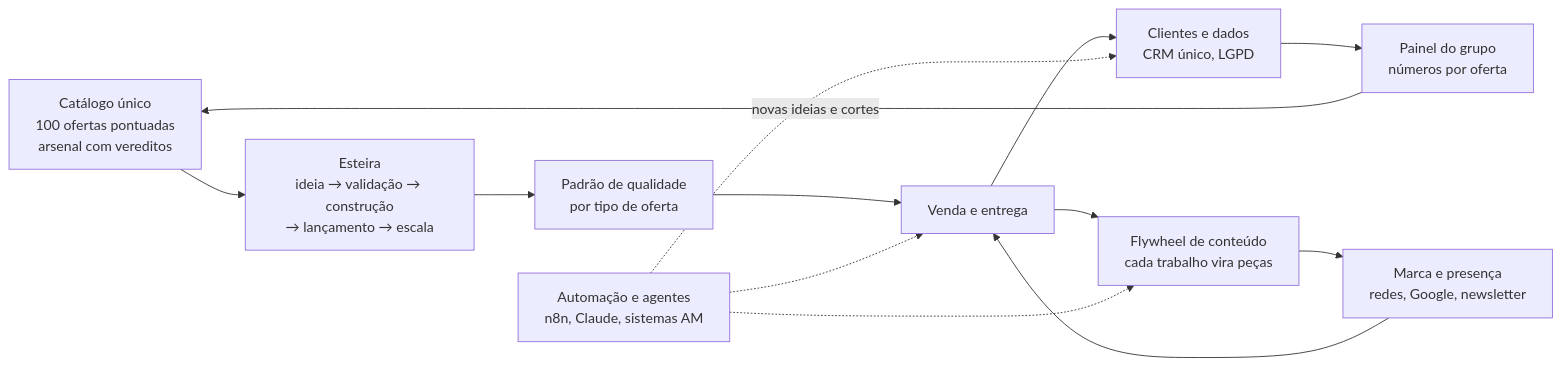
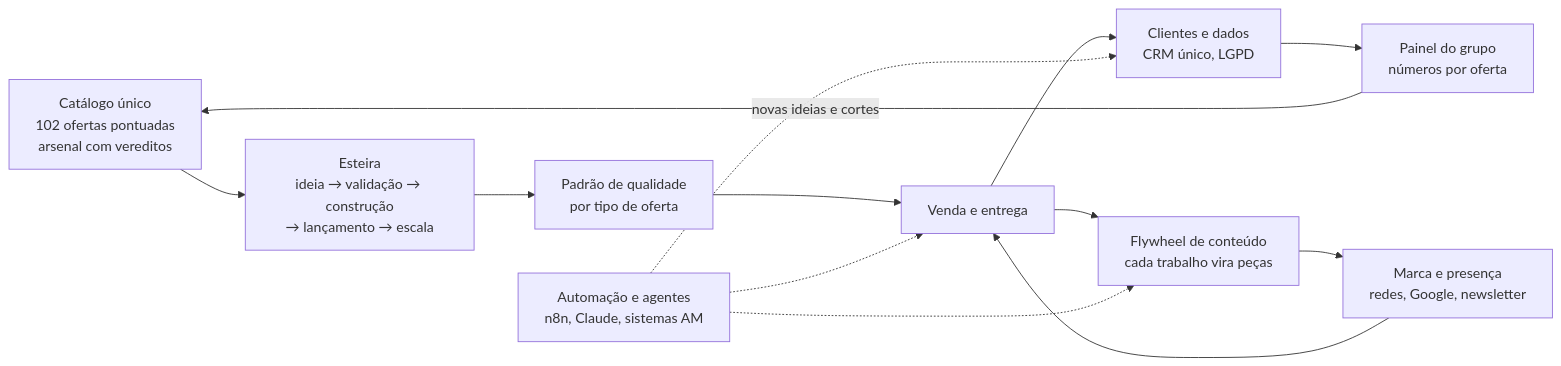
The diagram in docs/operacao/README.md (AlanMateus17/dev-setup), drawn with Mermaid before and after one commit. The commit also changed 18 other files, not shown here.

````diff
--- a/docs/operacao/README.md
+++ b/docs/operacao/README.md
@@ -11,15 +11,15 @@
 ```mermaid
 flowchart LR
-  C["Catálogo único<br/>100 ofertas pontuadas<br/>arsenal com vereditos"] --> E["Esteira<br/>ideia → validação → construção<br/>→ lançamento → escala"]
+  C["Catálogo único<br/>102 ofertas pontuadas<br/>arsenal com vereditos"] --> E["Esteira<br/>ideia → validação → construção<br/>→ lançamento → escala"]
   E --> Q["Padrão de qualidade<br/>por tipo de oferta"]
   Q --> V["Venda e entrega"]
   V --> D["Clientes e dados<br/>CRM único, LGPD"]
   V --> F["Flywheel de conteúdo<br/>cada trabalho vira peças"]
   F --> M["Marca e presença<br/>redes, Google, newsletter"]
   M --> V
   D --> P["Painel do grupo<br/>números por oferta"]
   P -->|"novas ideias e cortes"| C
   A["Automação e agentes<br/>n8n, Claude, sistemas AM"] -.-> V
   A -.-> F
   A -.-> D
 ```
````
